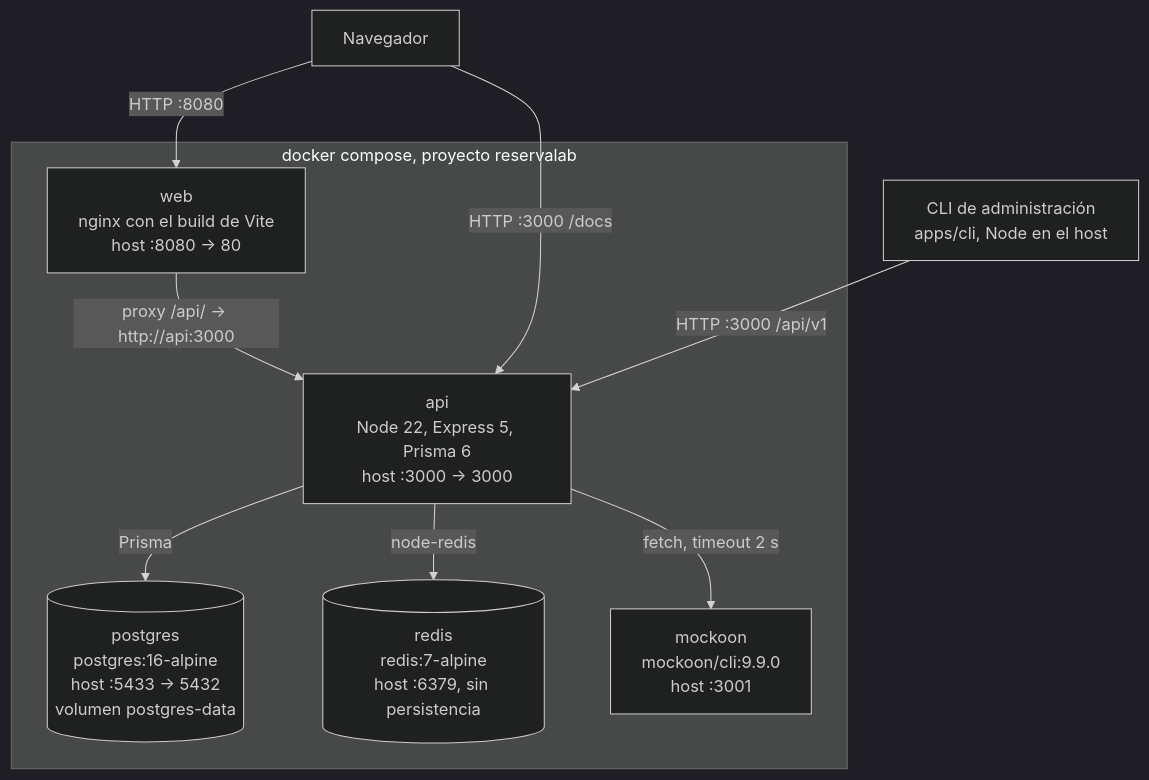
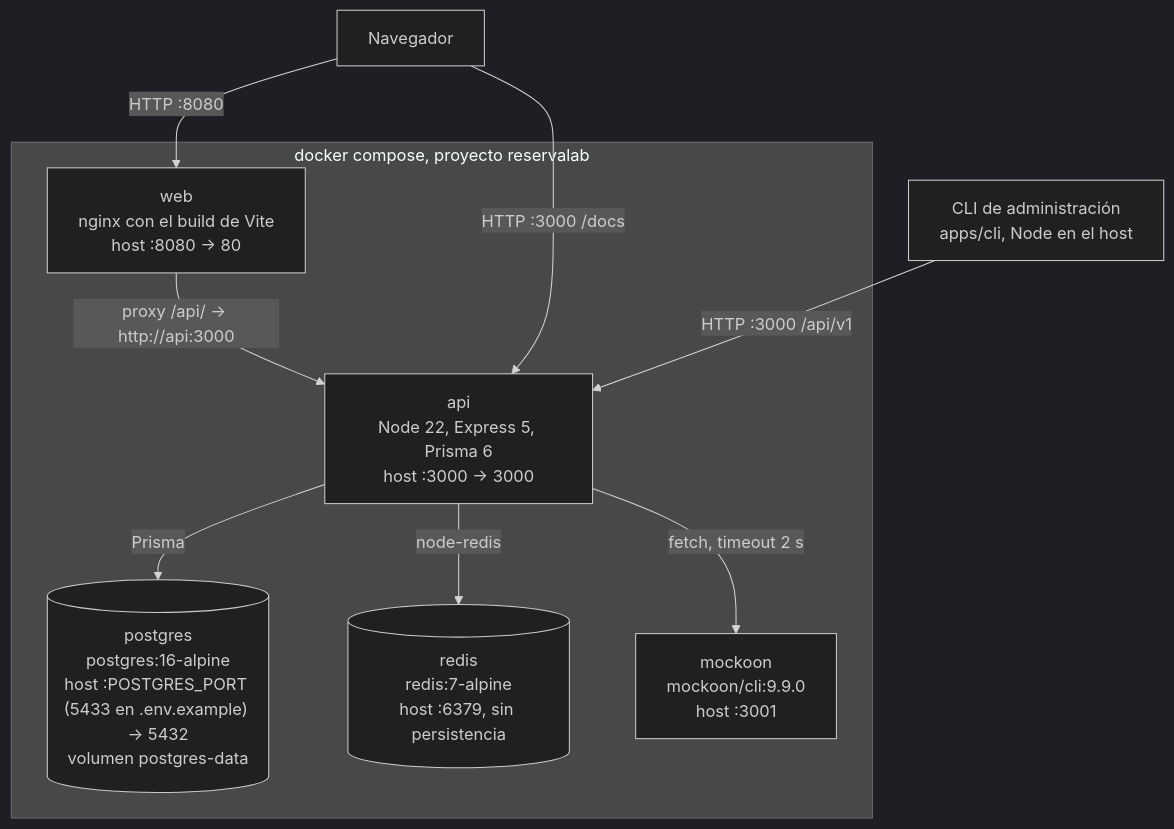
The second of 6 diagrams in docs/arquitectura.md (EbalJuarez/Final_Arquitectura), drawn with Mermaid (dark theme) before and after one commit.

Commit message:
docs: aclarar de dónde sale el puerto de PostgreSQL en el diagrama de contenedores

````diff
--- a/docs/arquitectura.md
+++ b/docs/arquitectura.md
@@ -54,21 +54,21 @@
 ```mermaid
 flowchart TB
     navegador["Navegador"]
     cli["CLI de administración<br/>apps/cli, Node en el host"]
 
     subgraph compose["docker compose, proyecto reservalab"]
         web["web<br/>nginx con el build de Vite<br/>host :8080 → 80"]
         api["api<br/>Node 22, Express 5, Prisma 6<br/>host :3000 → 3000"]
-        pg[("postgres<br/>postgres:16-alpine<br/>host :5433 → 5432<br/>volumen postgres-data")]
+        pg[("postgres<br/>postgres:16-alpine<br/>host :POSTGRES_PORT (5433 en .env.example) → 5432<br/>volumen postgres-data")]
         redis[("redis<br/>redis:7-alpine<br/>host :6379, sin persistencia")]
         mock["mockoon<br/>mockoon/cli:9.9.0<br/>host :3001"]
     end
 
     navegador -->|"HTTP :8080"| web
     web -->|"proxy /api/ → http://api:3000"| api
     navegador -->|"HTTP :3000 /docs"| api
     cli -->|"HTTP :3000 /api/v1"| api
     api -->|"Prisma"| pg
     api -->|"node-redis"| redis
     api -->|"fetch, timeout 2 s"| mock
 ```
````
